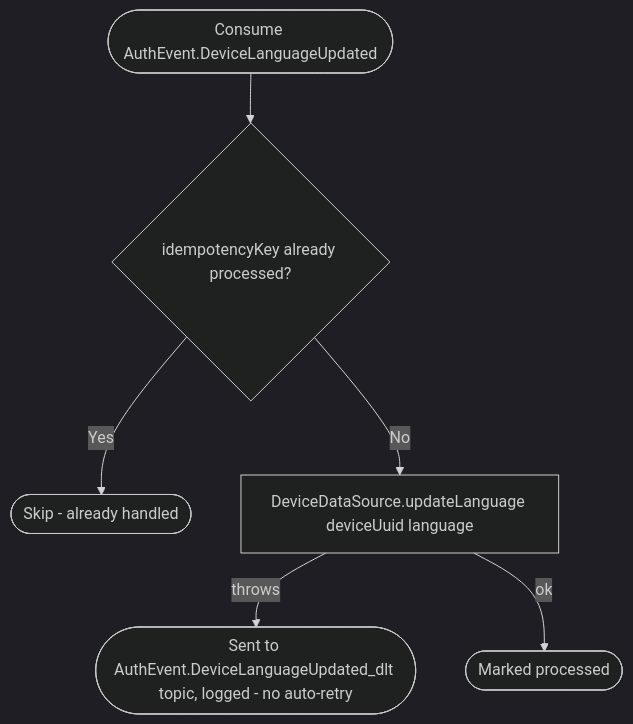
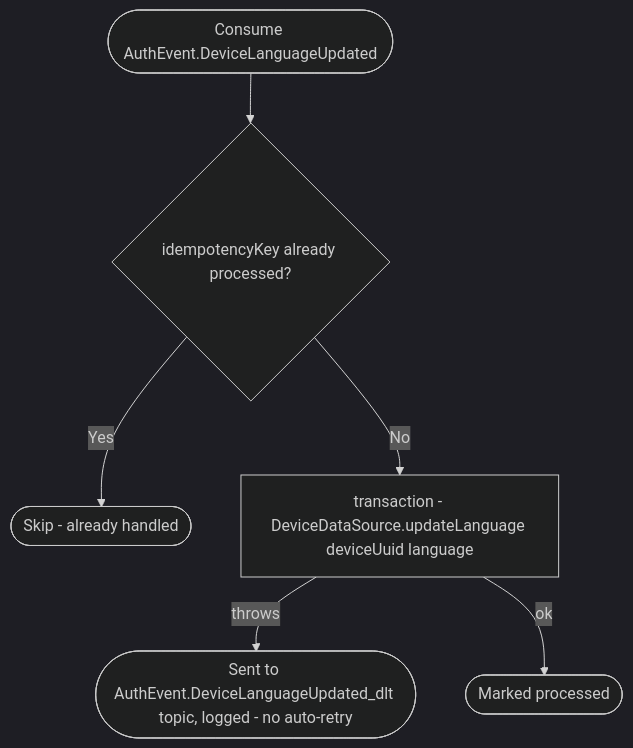
One commit to nocturneproperties/bookkme changed the diagram in docs/operations/notifications/on-device-language-updated.md. Above: the diagram before and after it, drawn with Mermaid (dark theme). The commit also changed 32 other files, not shown here.

Commit message:
[ISSUE-134] fix language update was done out of transaction

````diff
--- a/docs/operations/notifications/on-device-language-updated.md
+++ b/docs/operations/notifications/on-device-language-updated.md
@@ -9,8 +9,8 @@
 ```mermaid
 flowchart TD
     Start([Consume AuthEvent.DeviceLanguageUpdated]) --> Dedup{idempotencyKey already processed?}
     Dedup -- Yes --> Skip([Skip - already handled])
-    Dedup -- No --> Update[DeviceDataSource.updateLanguage deviceUuid language]
+    Dedup -- No --> Update[transaction - DeviceDataSource.updateLanguage deviceUuid language]
     Update -- throws --> Dlt([Sent to AuthEvent.DeviceLanguageUpdated_dlt topic, logged - no auto-retry])
     Update -- ok --> Ack([Marked processed])
 ```
````
